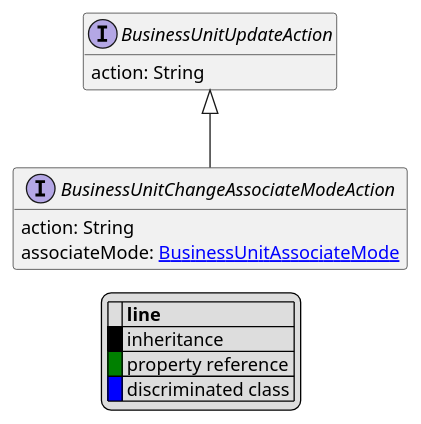
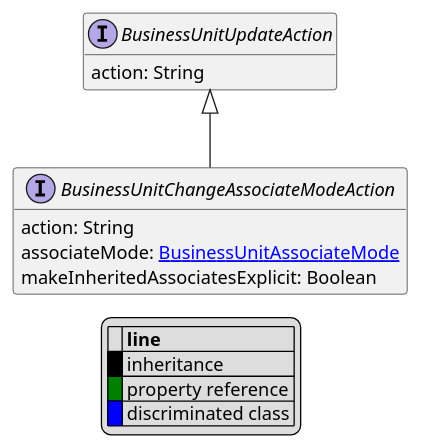
The diagram in uml/api/BusinessUnitChangeAssociateModeAction.puml (commercetools/commercetools-api-reference), drawn with PlantUML before and after one commit. The commit also changed 6 other files, not shown here.

```diff
--- a/uml/api/BusinessUnitChangeAssociateModeAction.puml
+++ b/uml/api/BusinessUnitChangeAssociateModeAction.puml
@@ -1,23 +1,24 @@
 @startuml
 
 hide empty fields
 hide empty methods
 legend
 |= |= line |
 |<back:black>   </back>| inheritance |
 |<back:green>   </back>| property reference |
 |<back:blue>   </back>| discriminated class |
 endlegend
 interface BusinessUnitChangeAssociateModeAction [[BusinessUnitChangeAssociateModeAction.svg]] extends BusinessUnitUpdateAction {
     action: String
     associateMode: [[BusinessUnitAssociateMode.svg BusinessUnitAssociateMode]]
+    makeInheritedAssociatesExplicit: Boolean
 }
 interface BusinessUnitUpdateAction [[BusinessUnitUpdateAction.svg]]  {
     action: String
 }
 
 
 
 
 
 @enduml
```
